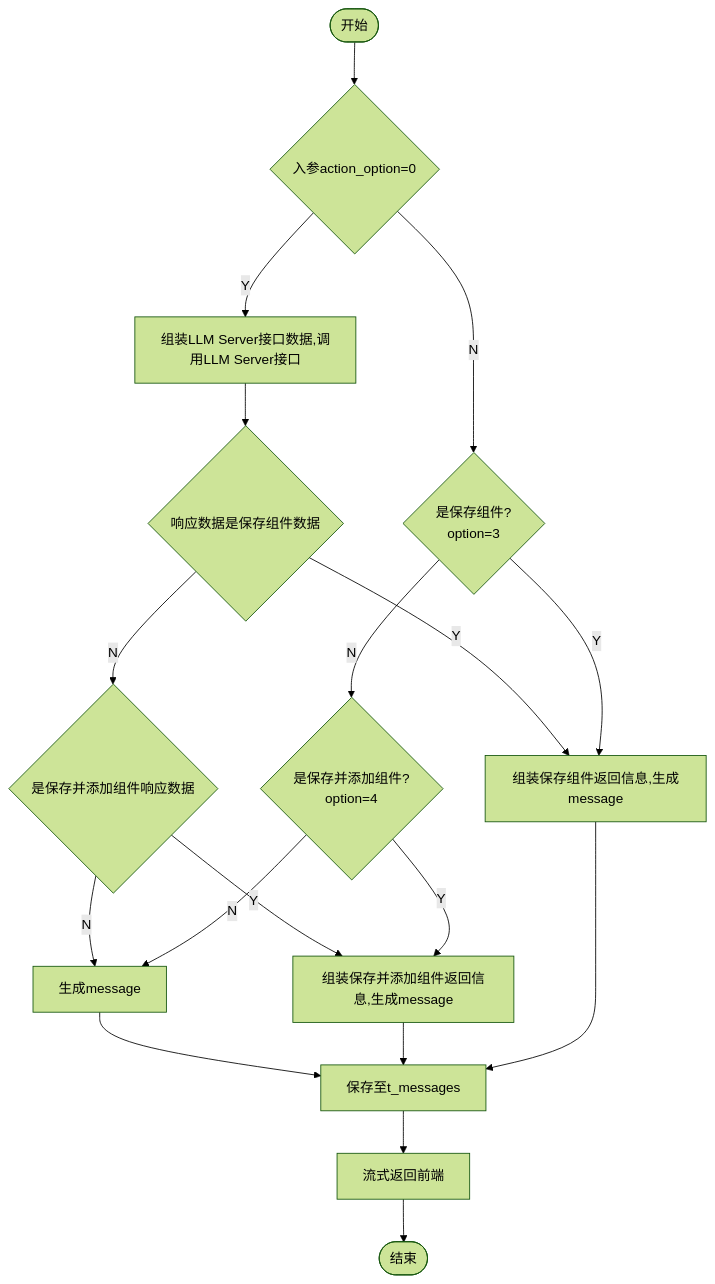
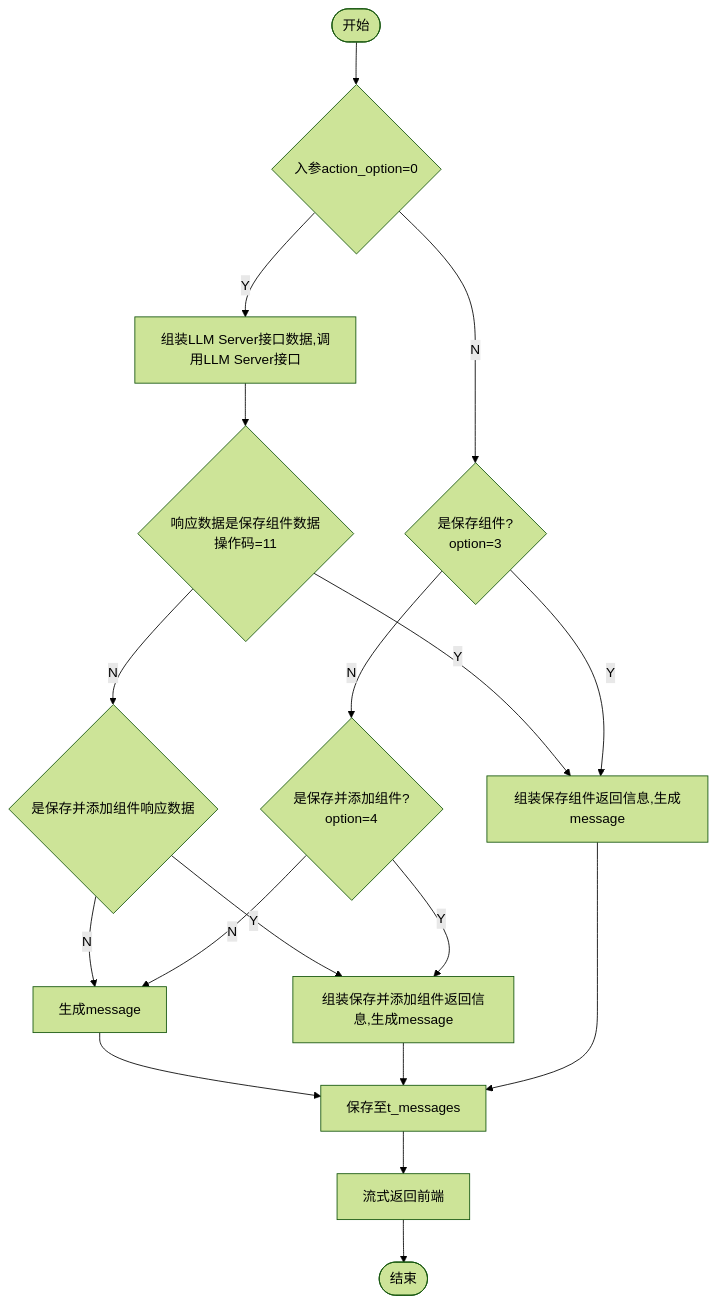
One commit to yingjianzh/iodraw-files changed the diagram in all/添加保存组件.md. Above: the diagram before and after it, drawn with Mermaid (forest theme).

Commit message:
2024-10-15 15:25:14 update

````diff
--- a/all/添加保存组件.md
+++ b/all/添加保存组件.md
@@ -1,21 +1,21 @@
 ```mermaid
 flowchart TD
     A([开始]) --> B{入参action_option=0}
     B -- Y --> C[组装LLM Server接口数据,调用LLM Server接口]
-    C --> E{响应数据是保存组件数据 }
+    C --> E{响应数据是保存组件数据 \n 操作码=11}
     B -- N --> D{是保存组件? \n option=3}
     E -- N --> L{是保存并添加组件响应数据}
     E -- Y --> F[组装保存组件返回信息,生成message]
     
     L -- N --> R[生成message]
     R --> G
     L -- Y --> K
     D -- Y --> F
     D -- N --> J{是保存并添加组件? \n option=4}
     J -- Y --> K[组装保存并添加组件返回信息,生成message]
     K --> G
     J -- N --> R
     F --> G[保存至t_messages]
     G --> H[流式返回前端]
     H --> I([结束])
 ```
````
